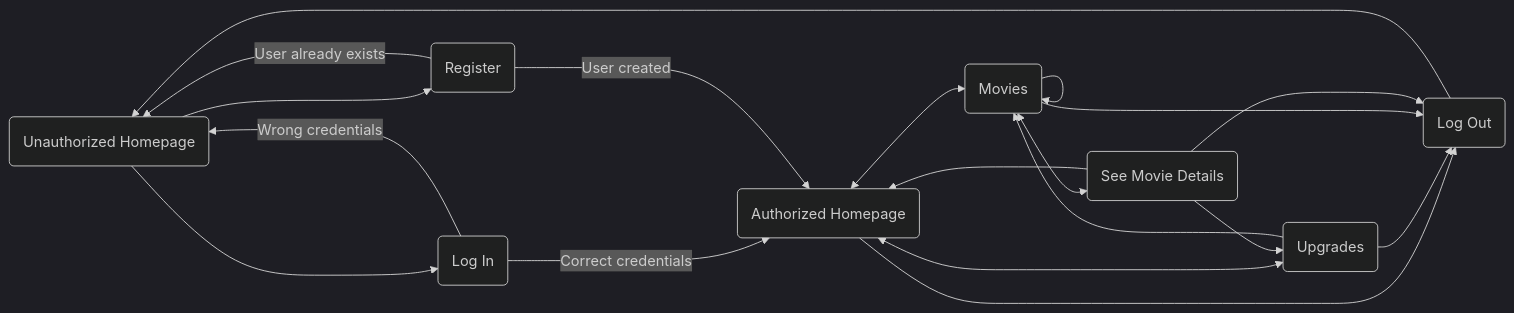
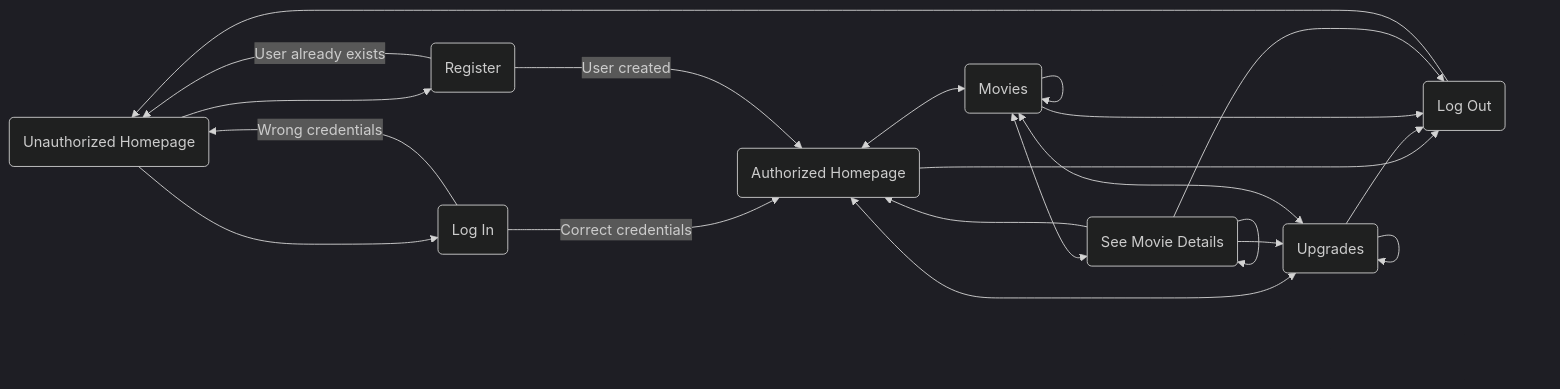
The first of 2 diagrams in README.md (Gabi-Limberea/OOP-TV), drawn with Mermaid (dark theme) before and after one commit. The commit also changed other lines of this file and 7 other files, not shown here.

````diff
--- a/README.md
+++ b/README.md
@@ -42,23 +52,25 @@
 ```mermaid
 	
 	flowchart LR
 			UH(Unauthorized Homepage) --> L(Log In)
 			UH --> R(Register)
 			L --Wrong credentials---> UH
 			R --User already exists---> UH
 			L --Correct credentials---> AH(Authorized Homepage)
 			R --User created---> AH
 			AH <--> M(Movies)
 			AH <--> U(Upgrades)
 			AH --> LO(Log Out)
 			U --> LO
 			M --> LO
 			M <--> MD(See Movie Details)
-			U --> M
+			U <--> M
 			MD --> LO
 			MD --> AH
 			MD --> U
+			U --> U
+			MD --> MD
 			M --> M
 			LO --> UH
 	
 ```
````
